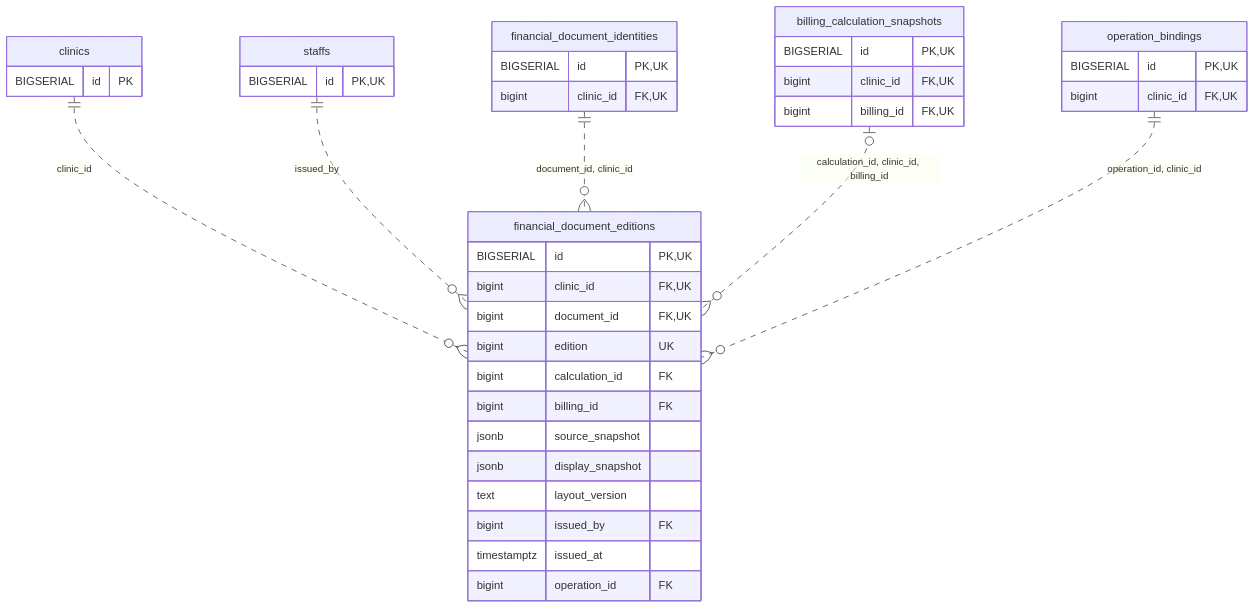
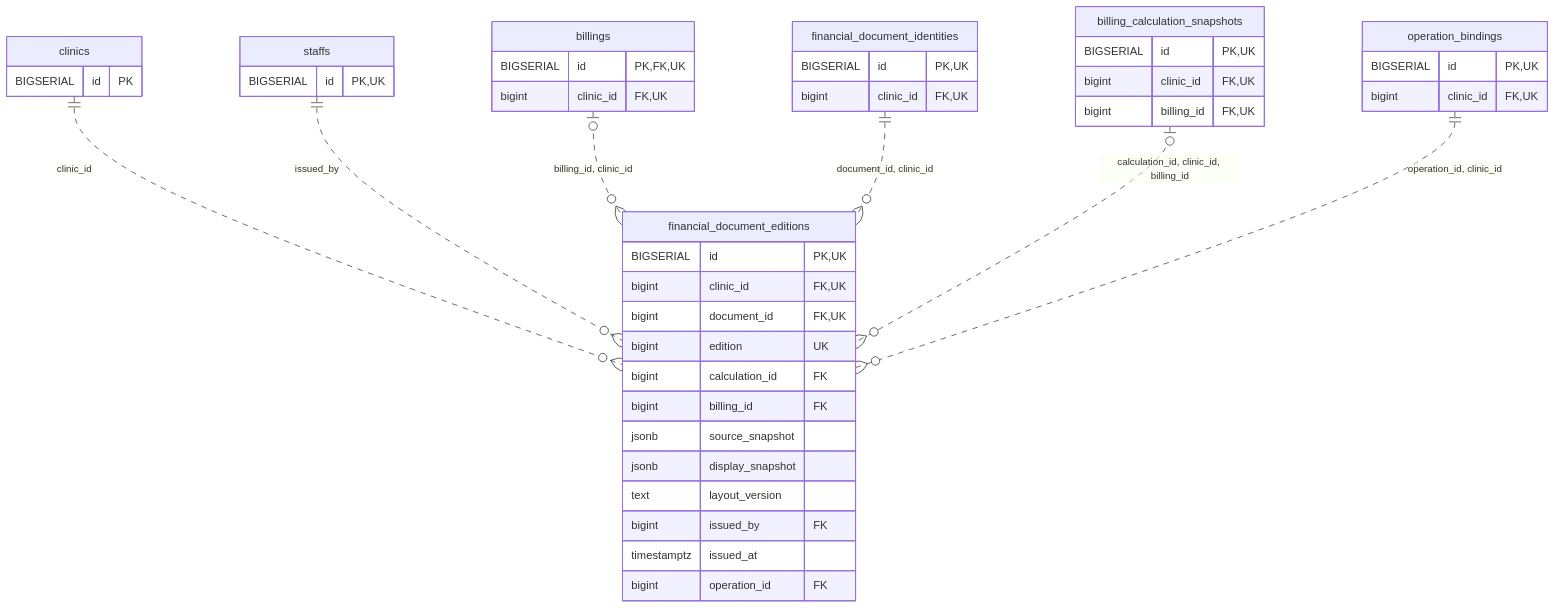
The diagram in docs/architecture/erd-detail/financial_document_editions.md (MinoruSoga/AnimalEkarte), drawn with Mermaid before and after one commit. The commit also changed other lines of this file and 89 other files, not shown here.

Commit message:
fix(db): enforce financial document scope and align schema fixtures

````diff
--- a/docs/architecture/erd-detail/financial_document_editions.md
+++ b/docs/architecture/erd-detail/financial_document_editions.md
@@ -35,41 +35,46 @@
 ```mermaid
 erDiagram
     financial_document_editions {
         BIGSERIAL id PK,UK
         bigint clinic_id FK,UK
         bigint document_id FK,UK
         bigint edition UK
         bigint calculation_id FK
         bigint billing_id FK
         jsonb source_snapshot
         jsonb display_snapshot
         text layout_version
         bigint issued_by FK
         timestamptz issued_at
         bigint operation_id FK
     }
     billing_calculation_snapshots {
         BIGSERIAL id PK,UK
         bigint clinic_id FK,UK
         bigint billing_id FK,UK
     }
+    billings {
+        BIGSERIAL id PK,FK,UK
+        bigint clinic_id FK,UK
+    }
     clinics {
         BIGSERIAL id PK
     }
     financial_document_identities {
         BIGSERIAL id PK,UK
         bigint clinic_id FK,UK
     }
     operation_bindings {
         BIGSERIAL id PK,UK
         bigint clinic_id FK,UK
     }
     staffs {
         BIGSERIAL id PK,UK
     }
     clinics ||..o{ financial_document_editions : "clinic_id"
     staffs ||..o{ financial_document_editions : "issued_by"
+    billings o|..o{ financial_document_editions : "billing_id, clinic_id"
     financial_document_identities ||..o{ financial_document_editions : "document_id, clinic_id"
     billing_calculation_snapshots o|..o{ financial_document_editions : "calculation_id, clinic_id, billing_id"
     operation_bindings ||..o{ financial_document_editions : "operation_id, clinic_id"
 ```
````
